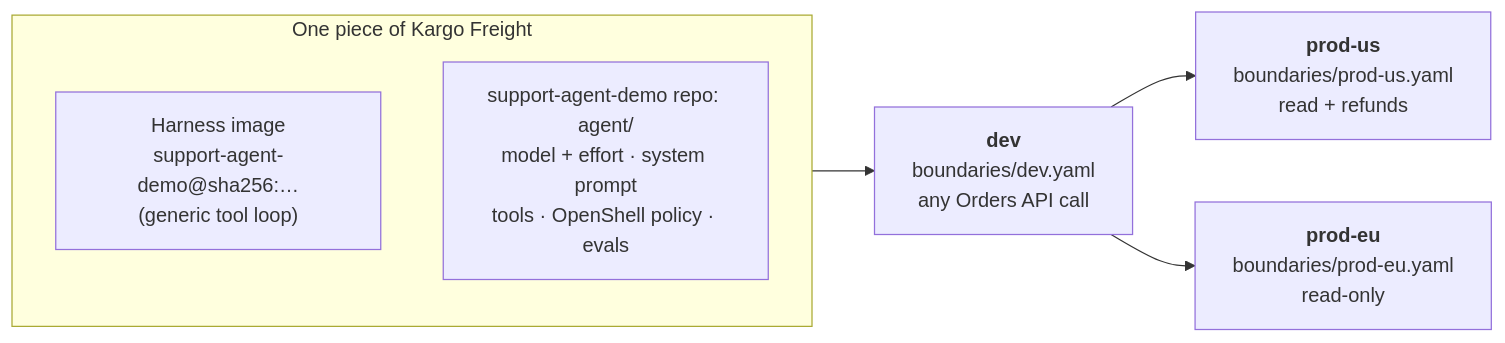
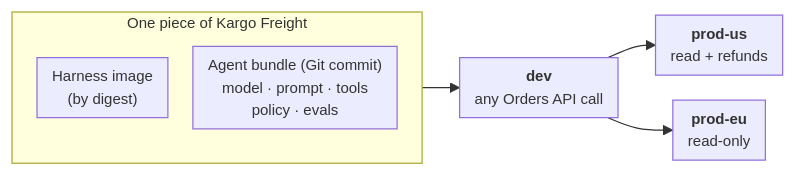
Before and after one commit to VisioNetX/agent-delivery-demo: the first of 3 diagrams in README.md, drawn with Mermaid. The commit also changed other lines of this file, not shown here.

First line of the commit message:
Add an OpenShell overview, and make the diagrams compact

````diff
--- a/README.md
+++ b/README.md
@@ -42,15 +42,16 @@
 ```mermaid
+%%{init: {"themeVariables": {"fontSize": "12px"}, "flowchart": {"nodeSpacing": 20, "rankSpacing": 30, "padding": 6}}}%%
 flowchart LR
     subgraph freight["One piece of Kargo Freight"]
-        image["Harness image<br/>support-agent-demo@sha256:…<br/>(generic tool loop)"]
-        bundle["support-agent-demo repo: agent/<br/>model + effort · system prompt<br/>tools · OpenShell policy · evals"]
+        image["Harness image<br/>(by digest)"]
+        bundle["Agent bundle (Git commit)<br/>model · prompt · tools<br/>policy · evals"]
     end
 
-    dev["<b>dev</b><br/>boundaries/dev.yaml<br/>any Orders API call"]
-    produs["<b>prod-us</b><br/>boundaries/prod-us.yaml<br/>read + refunds"]
-    prodeu["<b>prod-eu</b><br/>boundaries/prod-eu.yaml<br/>read-only"]
+    dev["<b>dev</b><br/>any Orders API call"]
+    produs["<b>prod-us</b><br/>read + refunds"]
+    prodeu["<b>prod-eu</b><br/>read-only"]
 
     freight --> dev
     dev --> produs
     dev --> prodeu
 ```
````
